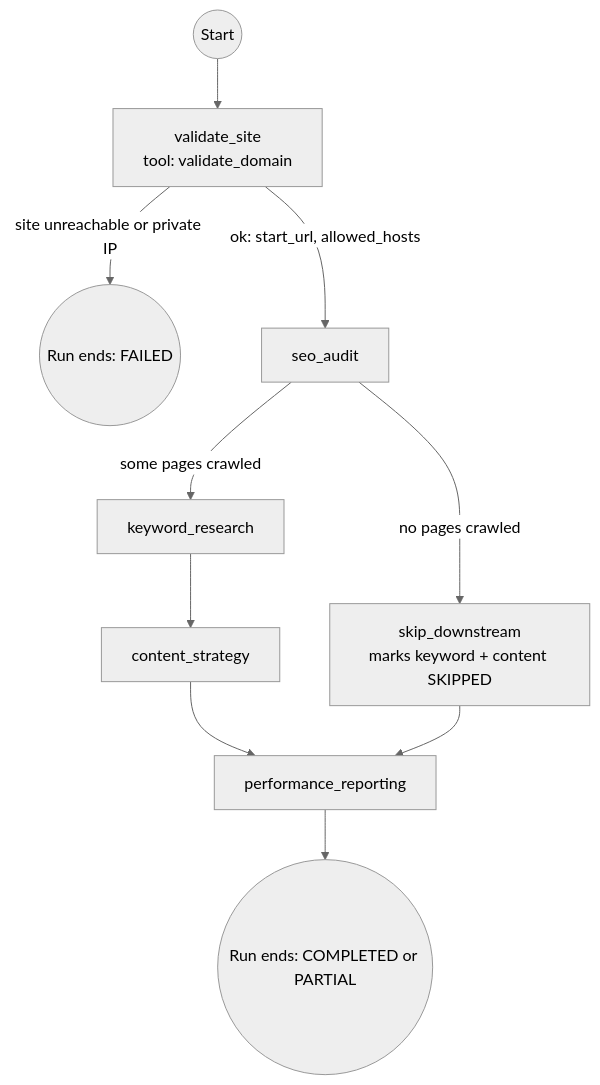
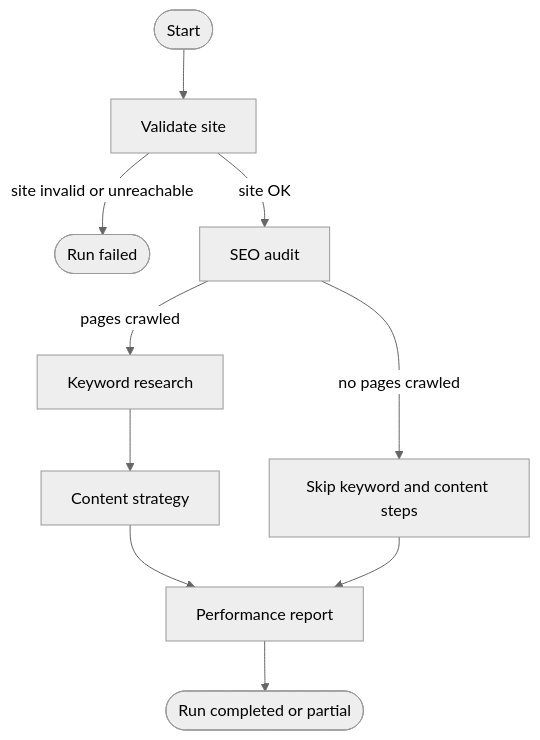
The second of 9 diagrams in docs/architecture.md (machinoAI/seo_agent), drawn with Mermaid (neutral theme) before and after one commit. The commit also changed other lines of this file and 13 other files, not shown here.

````diff
--- a/docs/architecture.md
+++ b/docs/architecture.md
@@ -80,12 +92,12 @@
 ```mermaid
 flowchart TD
-    BEGIN(("Start")) --> V["validate_site<br/>tool: validate_domain"]
-    V -->|site unreachable or private IP| STOP(("Run ends: FAILED"))
-    V -->|ok: start_url, allowed_hosts| A["seo_audit"]
-    A -->|some pages crawled| K["keyword_research"]
-    A -->|no pages crawled| S["skip_downstream<br/>marks keyword + content SKIPPED"]
-    K --> C["content_strategy"]
-    C --> R["performance_reporting"]
+    BEGIN(["Start"]) --> V["Validate site"]
+    V -->|site invalid or unreachable| FAILED(["Run failed"])
+    V -->|site OK| A["SEO audit"]
+    A -->|pages crawled| K["Keyword research"]
+    A -->|no pages crawled| S["Skip keyword and content steps"]
+    K --> C["Content strategy"]
+    C --> R["Performance report"]
     S --> R
-    R --> DONE(("Run ends: COMPLETED or PARTIAL"))
+    R --> DONE(["Run completed or partial"])
 ```
````
